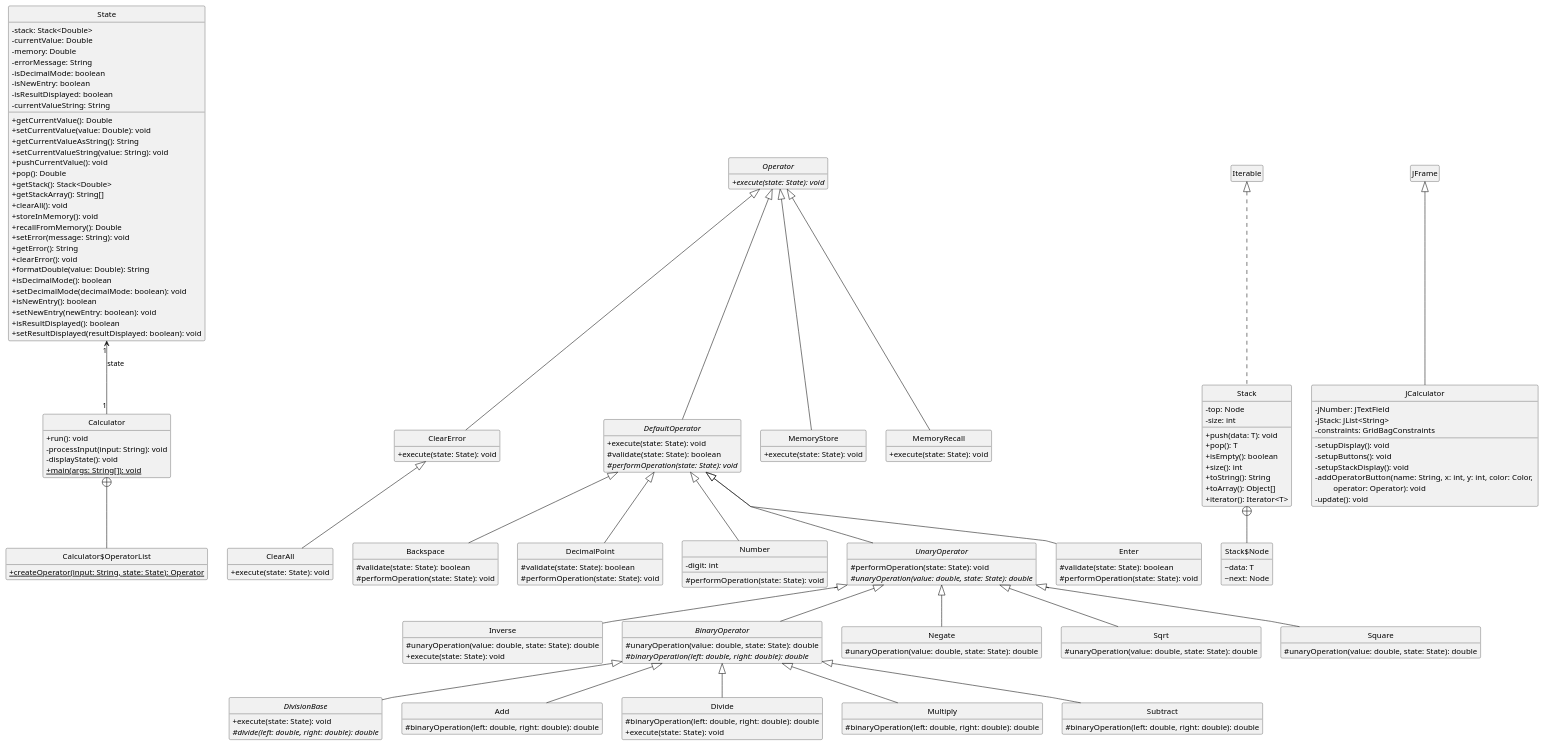
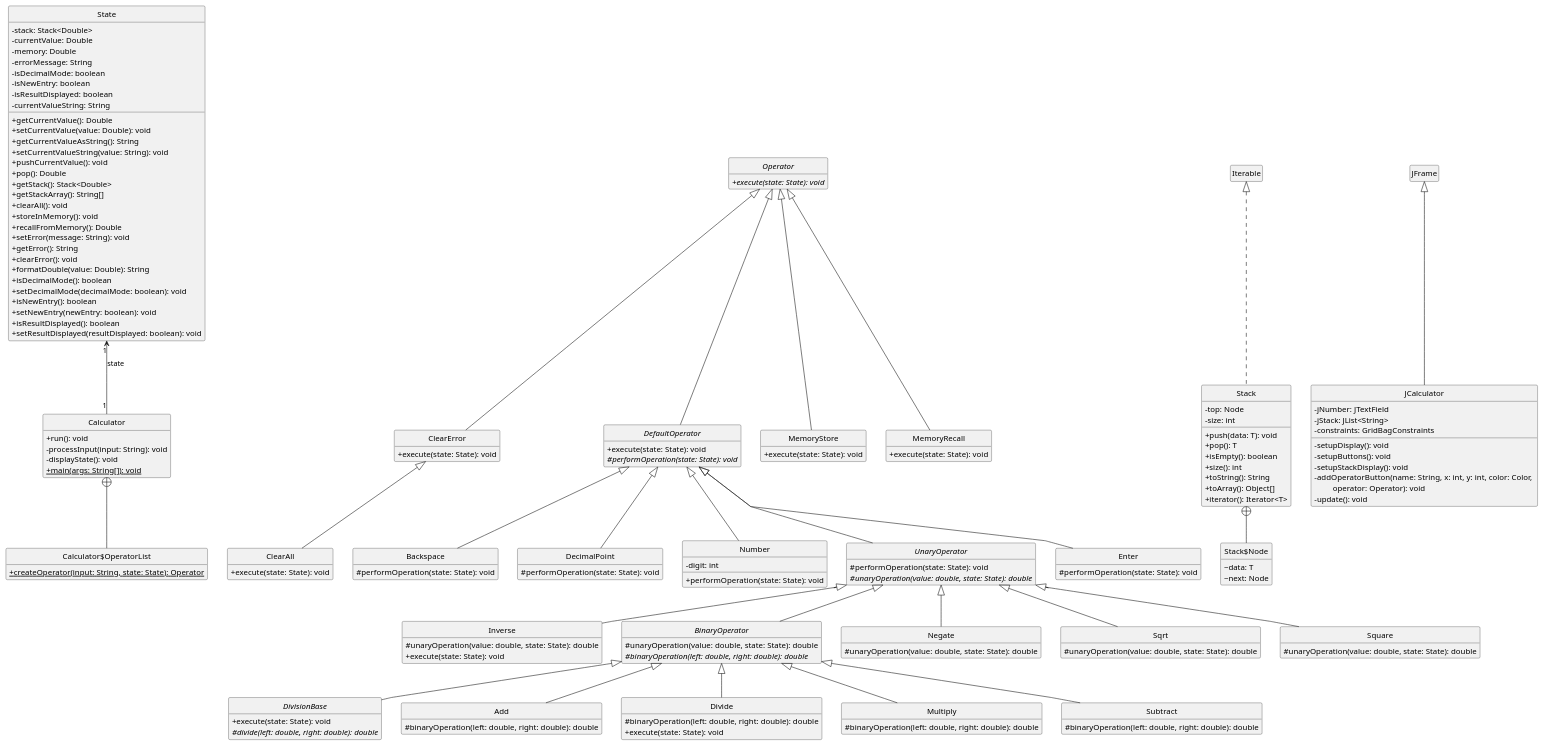
Before and after one commit to Vicolet/POO-Lab07: the diagram in diagram.puml, drawn with PlantUML. The commit also changed 10 other files, not shown here.

```diff
--- a/diagram.puml
+++ b/diagram.puml
@@ -21,12 +21,10 @@
 
 ' ENDSTATIC
 class Backspace {
-	# validate(state: State): boolean
 	# performOperation(state: State): void
 }
 
 class DecimalPoint {
-	# validate(state: State): boolean
 	# performOperation(state: State): void
 }
 
@@ -90,7 +88,6 @@
 
 abstract class DefaultOperator {
 	+ execute(state: State): void
-	# validate(state: State): boolean
 	# {abstract}performOperation(state: State): void
 }
 
@@ -169,7 +166,7 @@
 
 class Number {
 	- digit: int
-	# performOperation(state: State): void
+	+ performOperation(state: State): void
 }
 
 
@@ -264,11 +261,23 @@
 	+ testSqrt(): void
 	+ testSquare(): void
 	+ testSubtract(): void
+	+ testAddWithMultipleEntries(): void
+	+ testDecimalPointMultipleTimes(): void
+	+ testBackspaceWithDecimal(): void
+	+ testDivideByZero(): void
+	+ testEnterPushesValue(): void
+	+ testComplexExpression(): void
+	+ testClearErrorResetsOnlyDisplay(): void
+	+ testMemoryStoreAndRecall(): void
+	+ testNegateOnNegativeNumber(): void
+	+ testSquareAndSquareRoot(): void
+	+ testMultipleStackOperations(): void
+	+ testDecimalPointAfterEnter(): void
+	+ testChainedOperations(): void
 }
 
 
 class Enter {
-	# validate(state: State): boolean
 	# performOperation(state: State): void
 }
 
```
